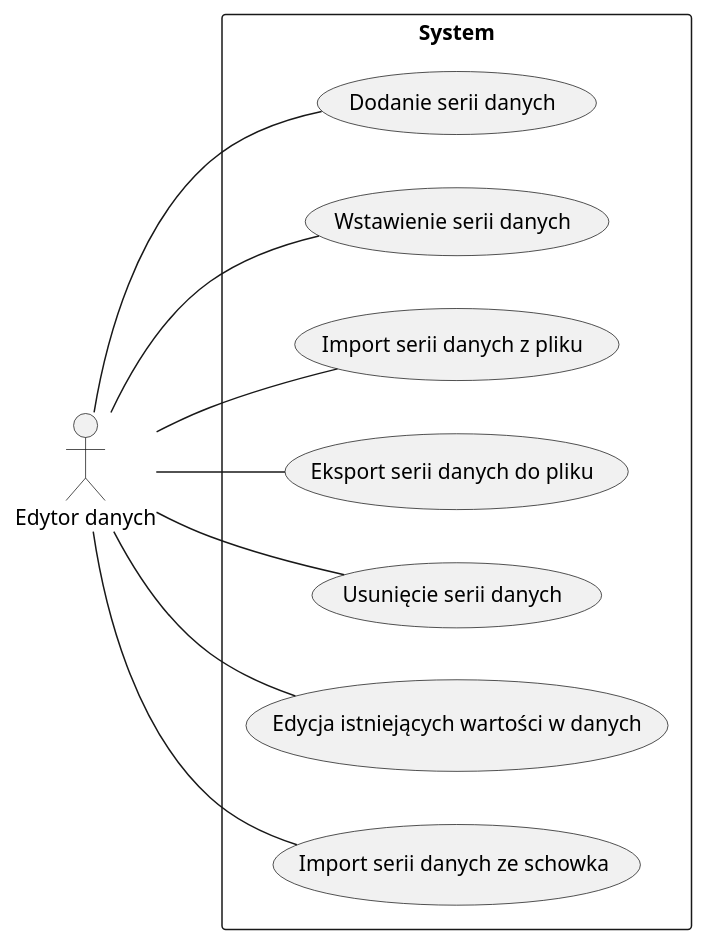
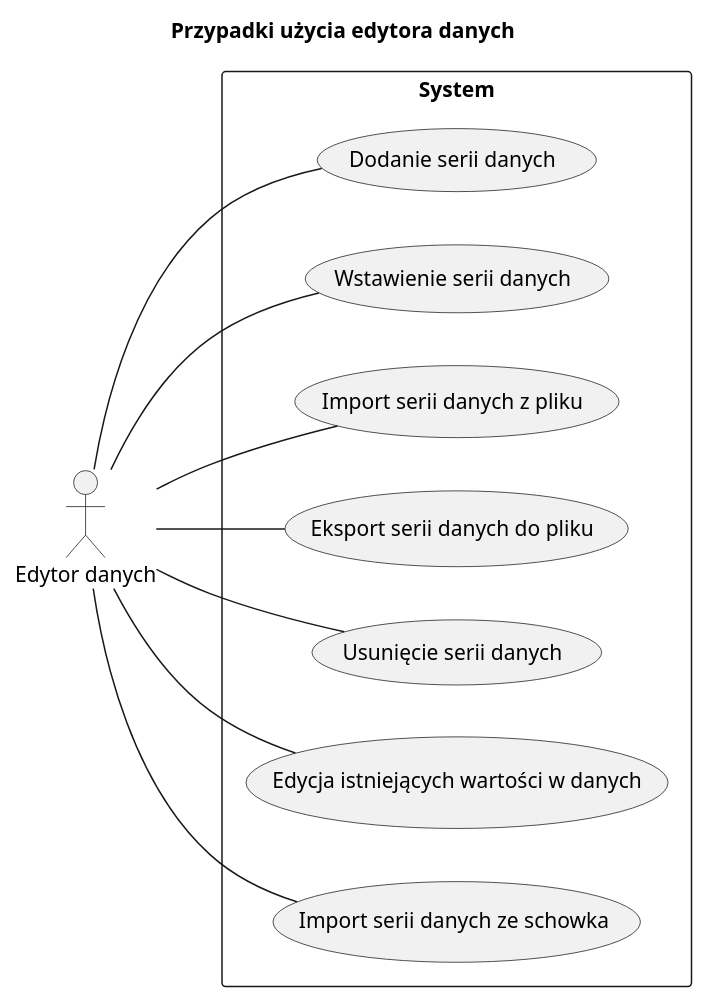
One commit to resultfulness/pgui-uml changed the diagram in src/requirements/usecases/usecases__editor.puml. Above: the diagram before and after it, drawn with PlantUML. The commit also changed 9 other files, not shown here.

```diff
--- a/src/requirements/usecases/usecases__editor.puml
+++ b/src/requirements/usecases/usecases__editor.puml
@@ -1,15 +1,17 @@
 @startuml
 left to right direction
+
+title Przypadki użycia edytora danych
 
 actor "Edytor danych" as editor
 
 rectangle System {
     editor -- (Dodanie serii danych)
     editor -- (Wstawienie serii danych)
     editor -- (Import serii danych z pliku)
     editor -- (Eksport serii danych do pliku)
     editor -- (Usunięcie serii danych)
     editor -- (Edycja istniejących wartości w danych)
     editor -- (Import serii danych ze schowka)
 }
 @enduml
```
